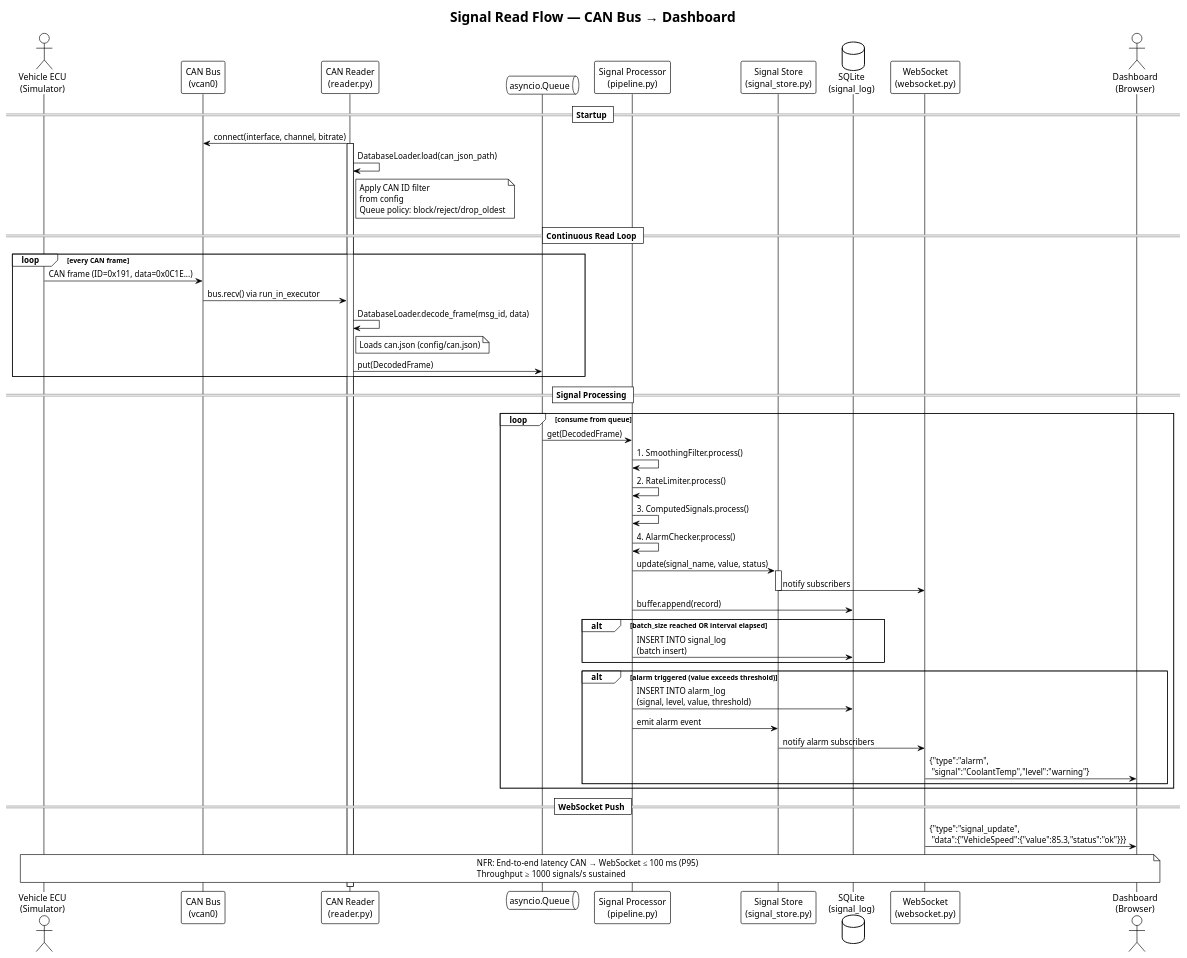
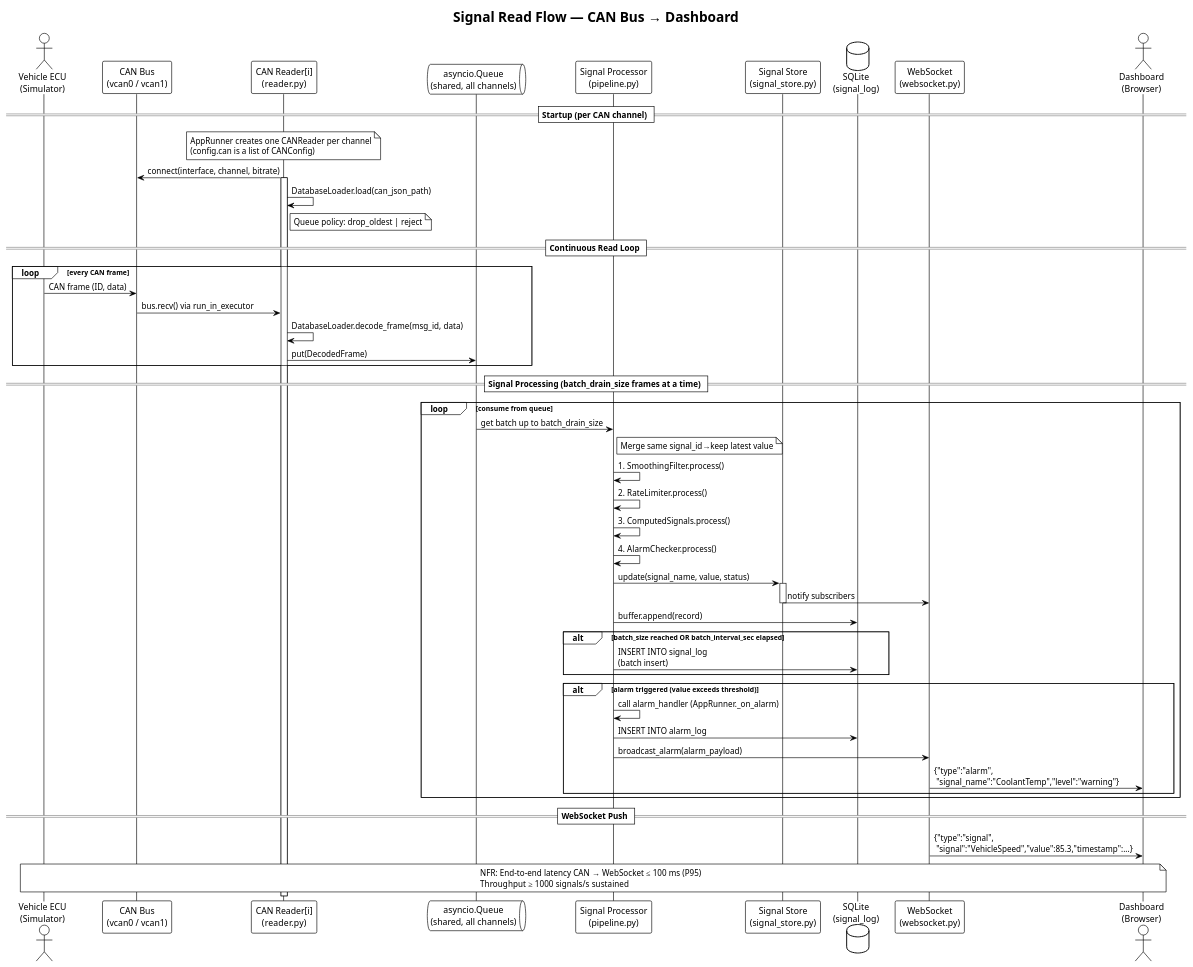
The diagram in diagram/05_sequence_signal_read.puml (3tdn/car-hmi), drawn with PlantUML before and after one commit. The commit also changed 15 other files, not shown here.

First line of the commit message:
docs(diagrams): sync PlantUML diagrams with codebase

```diff
--- a/diagram/05_sequence_signal_read.puml
+++ b/diagram/05_sequence_signal_read.puml
@@ -1,66 +1,68 @@
 @startuml Sequence - Signal Read Flow
 !theme plain
 title Signal Read Flow — CAN Bus → Dashboard
 
 actor "Vehicle ECU\n(Simulator)" as ecu
-participant "CAN Bus\n(vcan0)" as bus
-participant "CAN Reader\n(reader.py)" as reader
-queue "asyncio.Queue" as q
+participant "CAN Bus\n(vcan0 / vcan1)" as bus
+participant "CAN Reader[i]\n(reader.py)" as reader
+queue "asyncio.Queue\n(shared, all channels)" as q
 participant "Signal Processor\n(pipeline.py)" as proc
 participant "Signal Store\n(signal_store.py)" as store
 database "SQLite\n(signal_log)" as db
 participant "WebSocket\n(websocket.py)" as ws
 actor "Dashboard\n(Browser)" as dash
 
-== Startup ==
+== Startup (per CAN channel) ==
+note over reader
+  AppRunner creates one CANReader per channel
+  (config.can is a list of CANConfig)
+end note
 reader -> bus : connect(interface, channel, bitrate)
 activate reader
 reader -> reader : DatabaseLoader.load(can_json_path)
-note right of reader : Apply CAN ID filter\nfrom config\nQueue policy: block/reject/drop_oldest
+note right of reader : Queue policy: drop_oldest | reject
 
 == Continuous Read Loop ==
 loop every CAN frame
-    ecu -> bus : CAN frame (ID=0x191, data=0x0C1E...)
+    ecu -> bus : CAN frame (ID, data)
     bus -> reader : bus.recv() via run_in_executor
     reader -> reader : DatabaseLoader.decode_frame(msg_id, data)
-    note right of reader
-        Loads can.json (config/can.json)
-    end note
     reader -> q : put(DecodedFrame)
 end
 
-== Signal Processing ==
+== Signal Processing (batch_drain_size frames at a time) ==
 loop consume from queue
-    q -> proc : get(DecodedFrame)
+    q -> proc : get batch up to batch_drain_size
+    note right of proc : Merge same signal_id→keep latest value
     proc -> proc : 1. SmoothingFilter.process()
     proc -> proc : 2. RateLimiter.process()
     proc -> proc : 3. ComputedSignals.process()
     proc -> proc : 4. AlarmChecker.process()
     
     proc -> store : update(signal_name, value, status)
     activate store
     store -> ws : notify subscribers
     deactivate store
     
     proc -> db : buffer.append(record)
-    alt batch_size reached OR interval elapsed
+    alt batch_size reached OR batch_interval_sec elapsed
         proc -> db : INSERT INTO signal_log\n(batch insert)
     end
 
     alt alarm triggered (value exceeds threshold)
-        proc -> db : INSERT INTO alarm_log\n(signal, level, value, threshold)
-        proc -> store : emit alarm event
-        store -> ws : notify alarm subscribers
-        ws -> dash : {"type":"alarm",\n "signal":"CoolantTemp","level":"warning"}
+        proc -> proc : call alarm_handler (AppRunner._on_alarm)
+        proc -> db : INSERT INTO alarm_log
+        proc -> ws : broadcast_alarm(alarm_payload)
+        ws -> dash : {"type":"alarm",\n "signal_name":"CoolantTemp","level":"warning"}
     end
 end
 
 == WebSocket Push ==
-ws -> dash : {"type":"signal_update",\n "data":{"VehicleSpeed":{"value":85.3,"status":"ok"}}}
+ws -> dash : {"type":"signal",\n "signal":"VehicleSpeed","value":85.3,"timestamp":...}
 
 note over ecu, dash
   NFR: End-to-end latency CAN → WebSocket ≤ 100 ms (P95)
   Throughput ≥ 1000 signals/s sustained
 end note
 
 @enduml
```
